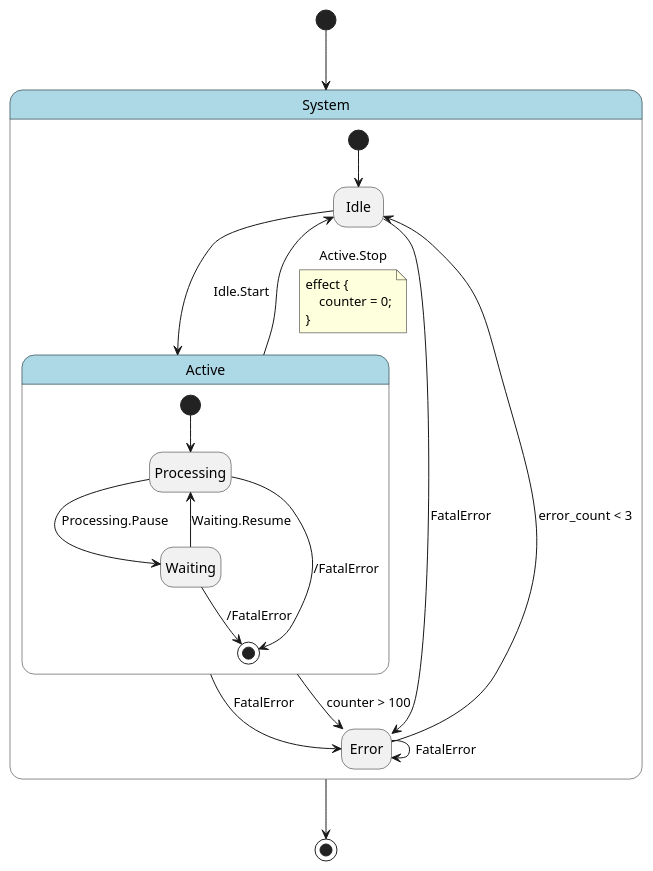
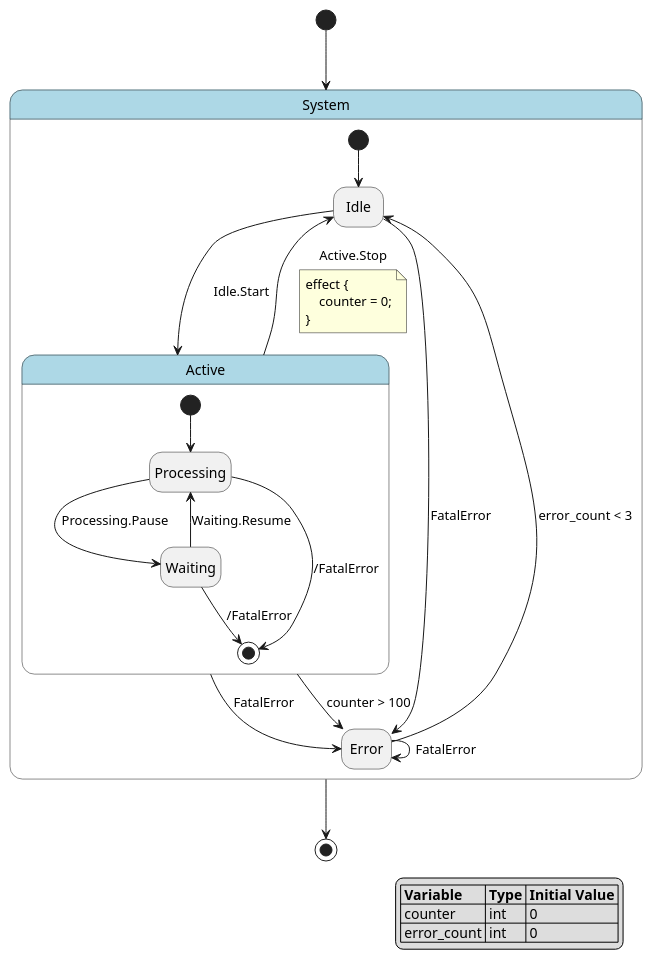
One commit to HansBug/pyfcstm changed the diagram in docs/source/tutorials/visualization/output_with_events.puml. Above: the diagram before and after it, drawn with PlantUML. The commit also changed 52 other files, not shown here.

```diff
--- a/docs/source/tutorials/visualization/output_with_events.puml
+++ b/docs/source/tutorials/visualization/output_with_events.puml
@@ -1,39 +1,45 @@
 @startuml
 hide empty description
 
 skinparam state {
   BackgroundColor<<pseudo>> LightGray
   BackgroundColor<<composite>> LightBlue
   BorderColor<<pseudo>> Gray
   FontStyle<<pseudo>> italic
 }
+
+legend right
+|= Variable |= Type |= Initial Value |
+| counter | int | 0 |
+| error_count | int | 0 |
+endlegend
 
 state "System" as system <<composite>> {
     state "Idle" as system__idle
     state "Active" as system__active <<composite>> {
         state "Processing" as system__active__processing
         state "Waiting" as system__active__waiting
         system__active__processing --> [*] : /FatalError
         system__active__waiting --> [*] : /FatalError
         [*] --> system__active__processing
         system__active__processing --> system__active__waiting : Processing.Pause
         system__active__waiting --> system__active__processing : Waiting.Resume
     }
     state "Error" as system__error
     system__idle --> system__error : FatalError
     system__active --> system__error : FatalError
     system__error --> system__error : FatalError
     [*] --> system__idle
     system__idle --> system__active : Idle.Start
     system__active --> system__idle : Active.Stop
     note on link
     effect {
         counter = 0;
     }
     end note
     system__active --> system__error : counter > 100
     system__error --> system__idle : error_count < 3
 }
 [*] --> system
 system --> [*]
 @enduml
```
